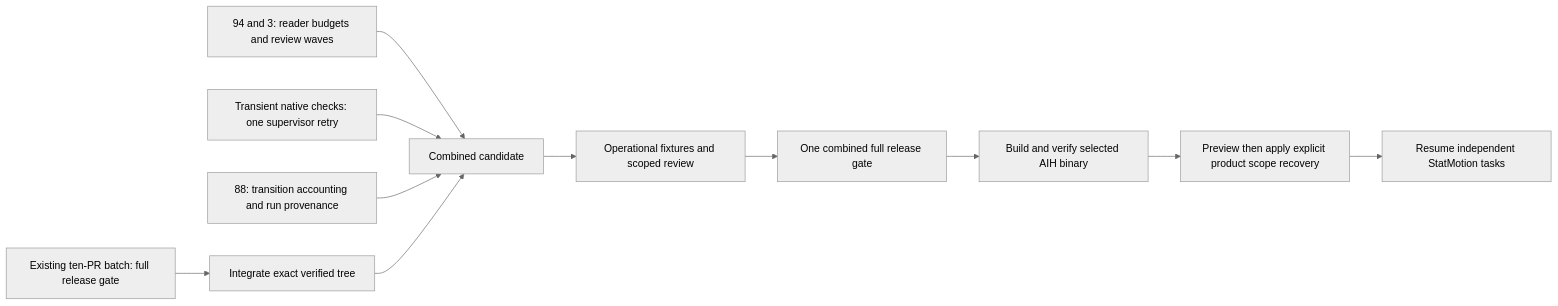
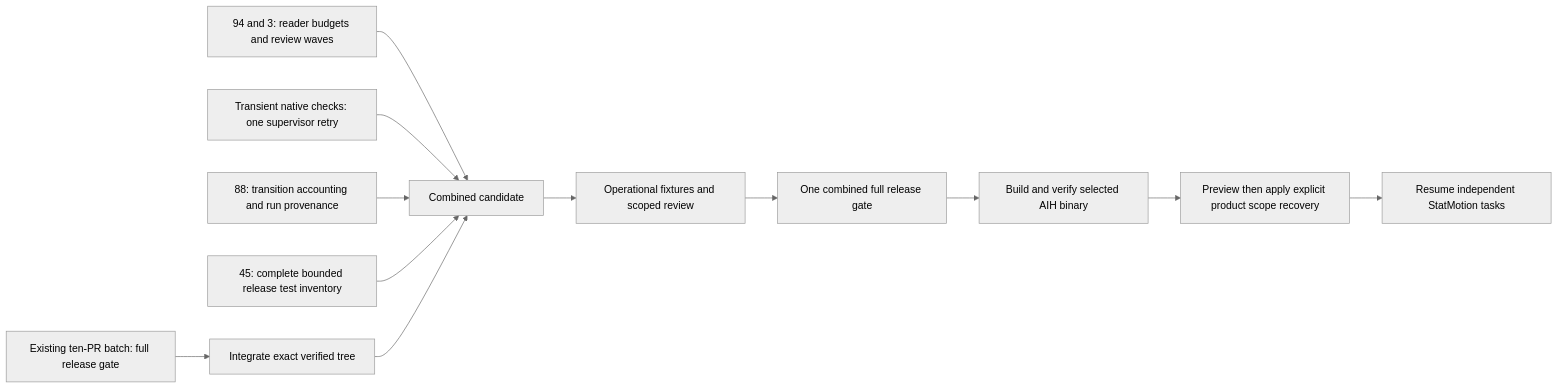
The diagram in docs/THROUGHPUT_PASS.md (nvrakesh06/ai-agentic-harness), drawn with Mermaid (neutral theme) before and after one commit. The commit also changed other lines of this file, not shown here.

Commit message:
Include observed complete-release inventory timeout fix

````diff
--- a/docs/THROUGHPUT_PASS.md
+++ b/docs/THROUGHPUT_PASS.md
@@ -25,13 +25,14 @@
 ```mermaid
 flowchart LR
   B[Existing ten-PR batch: full release gate] --> I[Integrate exact verified tree]
   R[94 and 3: reader budgets and review waves] --> C[Combined candidate]
   N[Transient native checks: one supervisor retry] --> C
   M[88: transition accounting and run provenance] --> C
+  T[45: complete bounded release test inventory] --> C
   I --> C
   C --> O[Operational fixtures and scoped review]
   O --> G[One combined full release gate]
   G --> A[Build and verify selected AIH binary]
   A --> P[Preview then apply explicit product scope recovery]
   P --> S[Resume independent StatMotion tasks]
 ```
````
